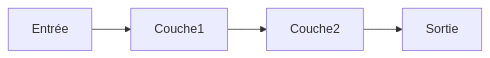
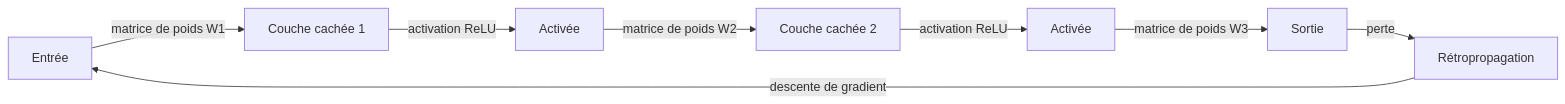
Before and after one commit to EmersonBraun/ai-summary-hub: the diagram in i18n/fr/docusaurus-plugin-content-docs/current/neural-networks/index.md, drawn with Mermaid. The commit also changed other lines of this file and 242 other files, not shown here.

````diff
--- a/i18n/fr/docusaurus-plugin-content-docs/current/neural-networks/index.md
+++ b/i18n/fr/docusaurus-plugin-content-docs/current/neural-networks/index.md
@@ -17,6 +21,10 @@
 ```mermaid
 flowchart LR
-  Input[Entrée] --> Layer1[Couche1]
-  Layer1 --> Layer2[Couche2]
-  Layer2 --> Output[Sortie]
+  Input[Entrée] -->|matrice de poids W1| Layer1[Couche cachée 1]
+  Layer1 -->|activation ReLU| Layer1A[Activée]
+  Layer1A -->|matrice de poids W2| Layer2[Couche cachée 2]
+  Layer2 -->|activation ReLU| Layer2A[Activée]
+  Layer2A -->|matrice de poids W3| Output[Sortie]
+  Output -->|perte| Backprop[Rétropropagation]
+  Backprop -->|descente de gradient| Input
 ```
````
